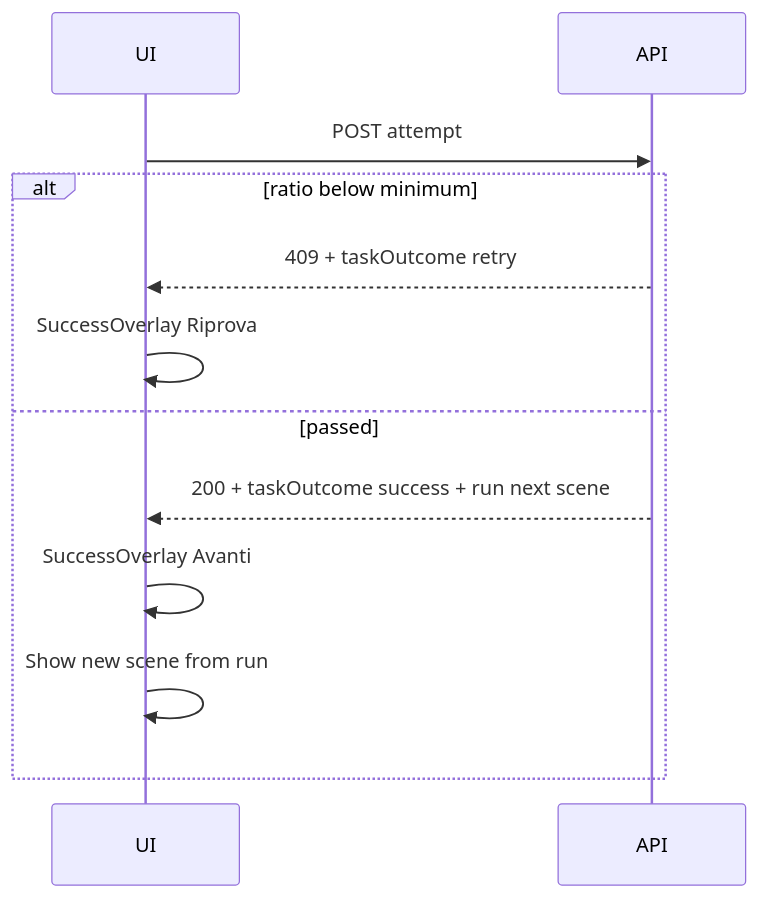
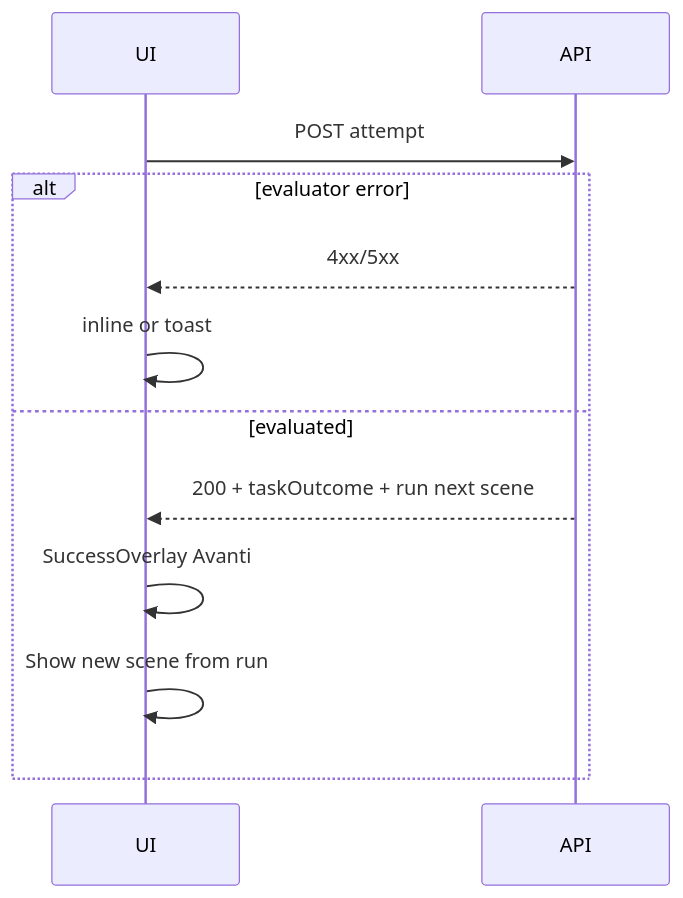
One commit to a-fassev/LLM-Supported-LanguageGame changed the second of 2 diagrams in docs/web-game-ui-architecture.md. Above: the diagram before and after it, drawn with Mermaid. The commit also changed other lines of this file and 111 other files, not shown here.

First line of the commit message:
Unify task completion on minRatioToComplete and refresh play UI.

````diff
--- a/docs/web-game-ui-architecture.md
+++ b/docs/web-game-ui-architecture.md
@@ -456,14 +447,14 @@
 ```mermaid
 sequenceDiagram
   participant UI
   participant API
   UI->>API: POST attempt
-  alt ratio below minimum
-    API-->>UI: 409 + taskOutcome retry
-    UI->>UI: SuccessOverlay Riprova
-  else passed
-    API-->>UI: 200 + taskOutcome success + run next scene
+  alt evaluator error
+    API-->>UI: 4xx/5xx
+    UI->>UI: inline or toast
+  else evaluated
+    API-->>UI: 200 + taskOutcome + run next scene
     UI->>UI: SuccessOverlay Avanti
     UI->>UI: Show new scene from run
   end
 ```
````
